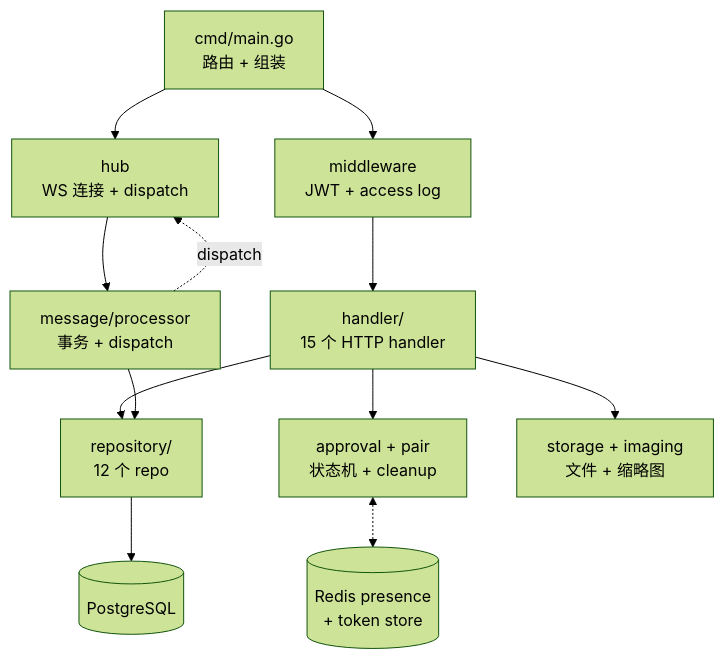
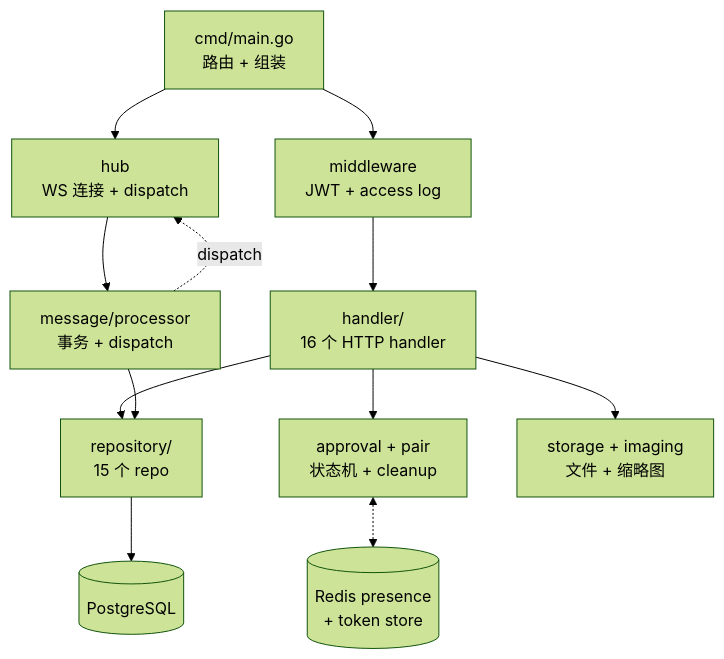
One commit to luoyu318/wanling changed the diagram in docs/architecture/server.md. Above: the diagram before and after it, drawn with Mermaid (forest theme). The commit also changed other lines of this file and 11 other files, not shown here.

````diff
--- a/docs/architecture/server.md
+++ b/docs/architecture/server.md
@@ -7,24 +7,24 @@
 ```mermaid
 flowchart TB
     MAIN[cmd/main.go<br/>路由 + 组装]
     MW[middleware<br/>JWT + access log]
-    HANDLERS[handler/<br/>15 个 HTTP handler]
+    HANDLERS[handler/<br/>16 个 HTTP handler]
     HUB[hub<br/>WS 连接 + dispatch]
     PROC[message/processor<br/>事务 + dispatch]
-    REPO[repository/<br/>12 个 repo]
+    REPO[repository/<br/>15 个 repo]
     SVC[approval + pair<br/>状态机 + cleanup]
     STORAGE[storage + imaging<br/>文件 + 缩略图]
 
     DB[(PostgreSQL)]
     REDIS[(Redis presence<br/>+ token store)]
 
     MAIN --> MW --> HANDLERS
     MAIN --> HUB
     HANDLERS --> REPO
     HANDLERS --> SVC
     HANDLERS --> STORAGE
     HUB --> PROC --> REPO
     PROC -.->|dispatch| HUB
     REPO --> DB
     SVC <-.-> REDIS
 ```
````
